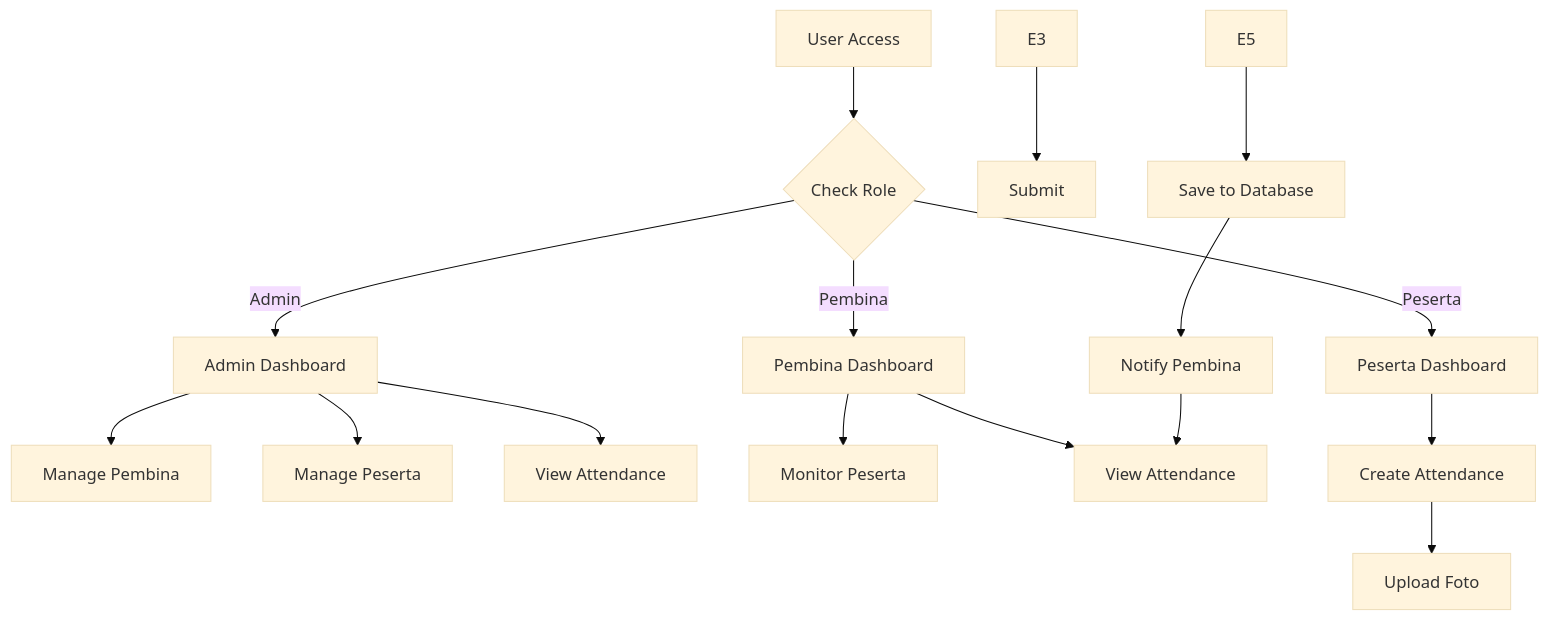
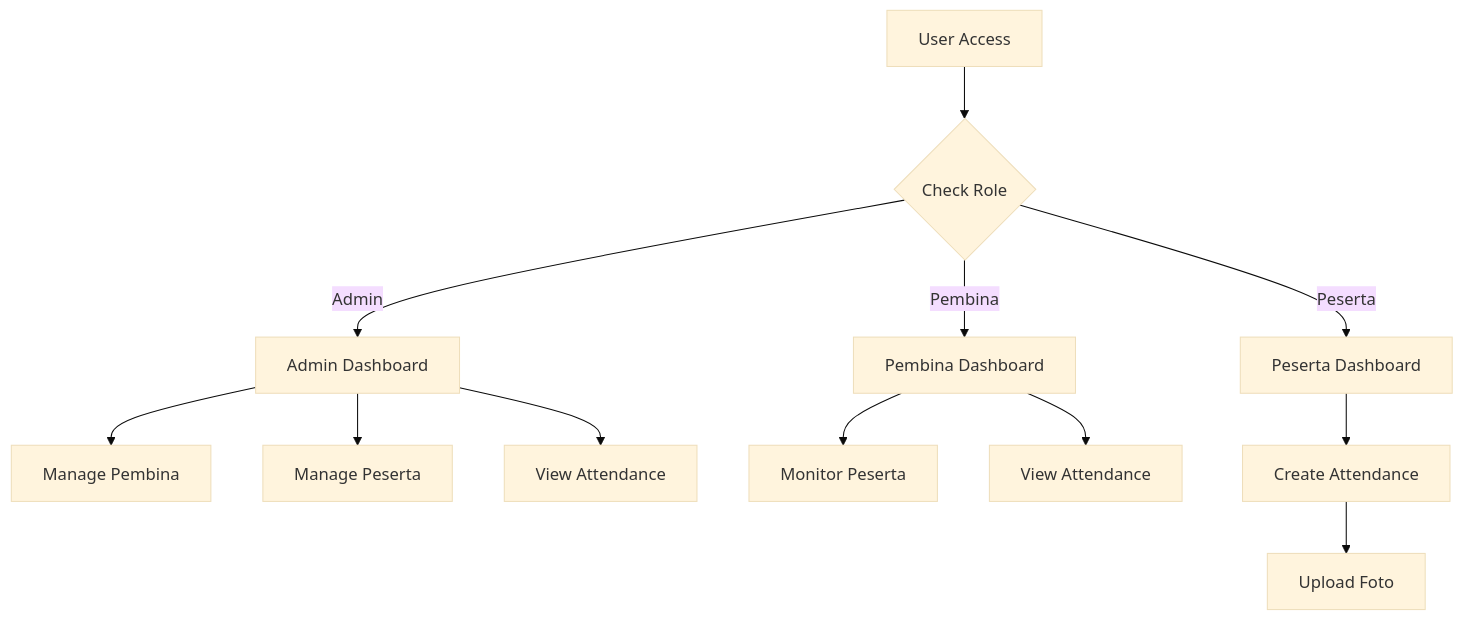
One commit to andikagithub1/Absensi-peserta-magang changed the second of 3 diagrams in README.md. Above: the diagram before and after it, drawn with Mermaid (base theme).

Commit message:
Update README.md
add ERD

````diff
--- a/README.md
+++ b/README.md
@@ -126,22 +126,21 @@
 ```mermaid
 graph TD
     A[User Access] --> B{Check Role}
     B -->|Admin| C[Admin Dashboard]
     B -->|Pembina| D[Pembina Dashboard]
     B -->|Peserta| E[Peserta Dashboard]
     
     C --> C1[Manage Pembina]
     C --> C2[Manage Peserta]
     C --> C3[View Attendance]
     
     D --> D1[Monitor Peserta]
     D --> D2[View Attendance]
     
     E --> E1[Create Attendance]
     E1 --> E2[Upload Foto]
-    E3 --> E4[Submit]
+  
     
-    E5 --> F[Save to Database]
-    F --> G[Notify Pembina]
-    G --> D2
+    
+  
 ```
````
